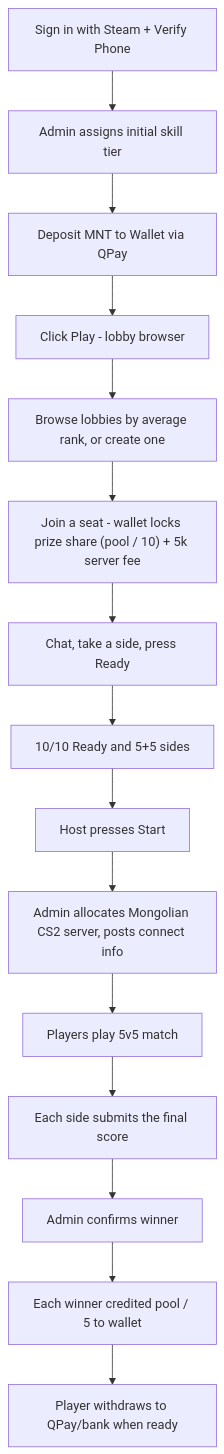
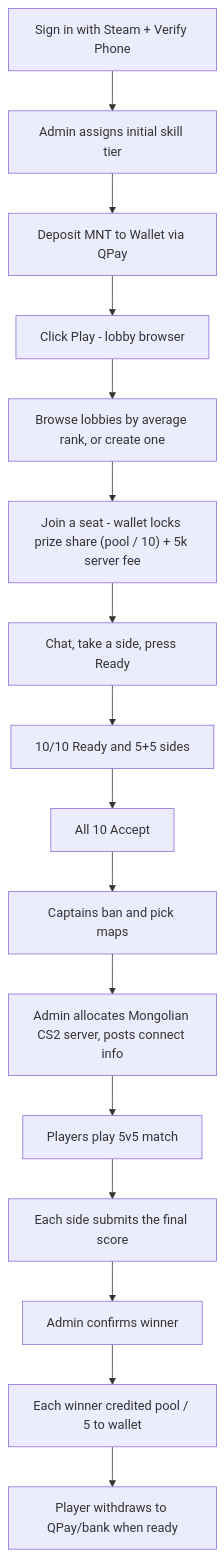
Before and after one commit to Chinkhusel14/bulaa: the diagram in docs/PRD.md, drawn with Mermaid. The commit also changed other lines of this file and 23 other files, not shown here.

````diff
--- a/docs/PRD.md
+++ b/docs/PRD.md
@@ -111,17 +111,18 @@
 ```mermaid
 flowchart TD
     SignUp[Sign in with Steam + Verify Phone] --> KYC[Admin assigns initial skill tier]
     KYC --> Deposit[Deposit MNT to Wallet via QPay]
     Deposit --> Play[Click Play - lobby browser]
     Play --> Pick["Browse lobbies by average rank, or create one"]
     Pick --> Join["Join a seat - wallet locks prize share (pool / 10) + 5k server fee"]
     Join --> Lobby["Chat, take a side, press Ready"]
     Lobby --> AllReady["10/10 Ready and 5+5 sides"]
-    AllReady --> Start[Host presses Start]
-    Start --> ServerReady[Admin allocates Mongolian CS2 server, posts connect info]
+    AllReady --> Accept["All 10 Accept"]
+    Accept --> Veto["Captains ban and pick maps"]
+    Veto --> ServerReady[Admin allocates Mongolian CS2 server, posts connect info]
     ServerReady --> Match[Players play 5v5 match]
     Match --> Scores[Each side submits the final score]
     Scores --> AdminConfirm[Admin confirms winner]
     AdminConfirm --> Payout["Each winner credited pool / 5 to wallet"]
     Payout --> Withdraw[Player withdraws to QPay/bank when ready]
 ```
````
